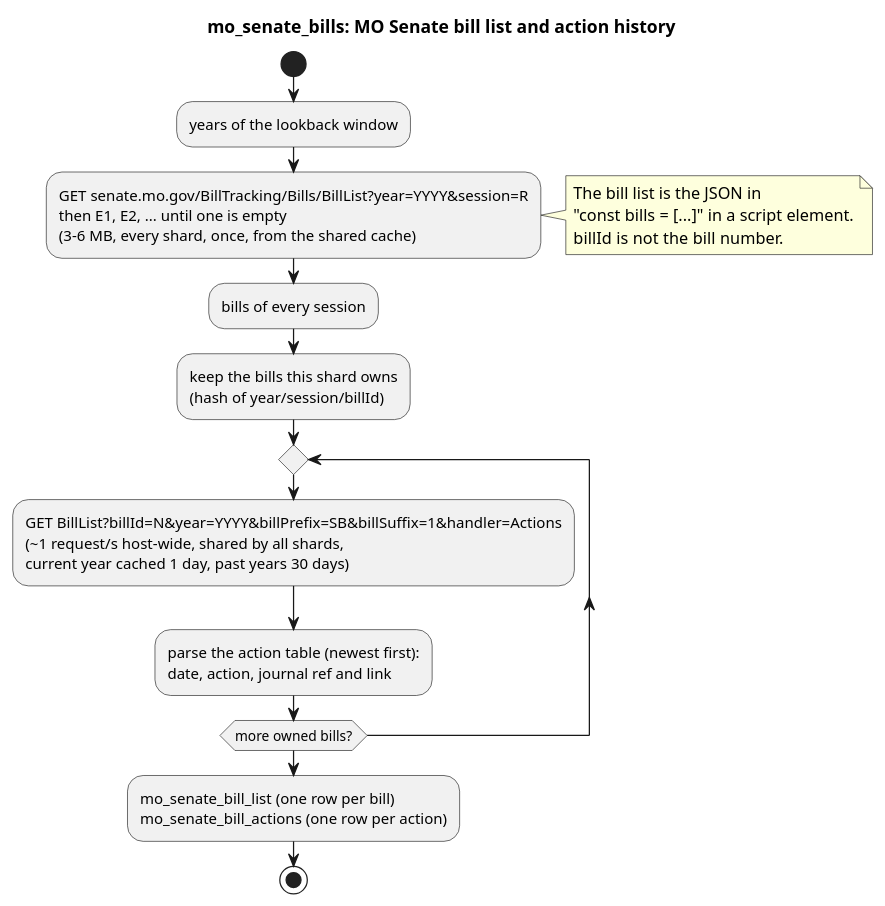
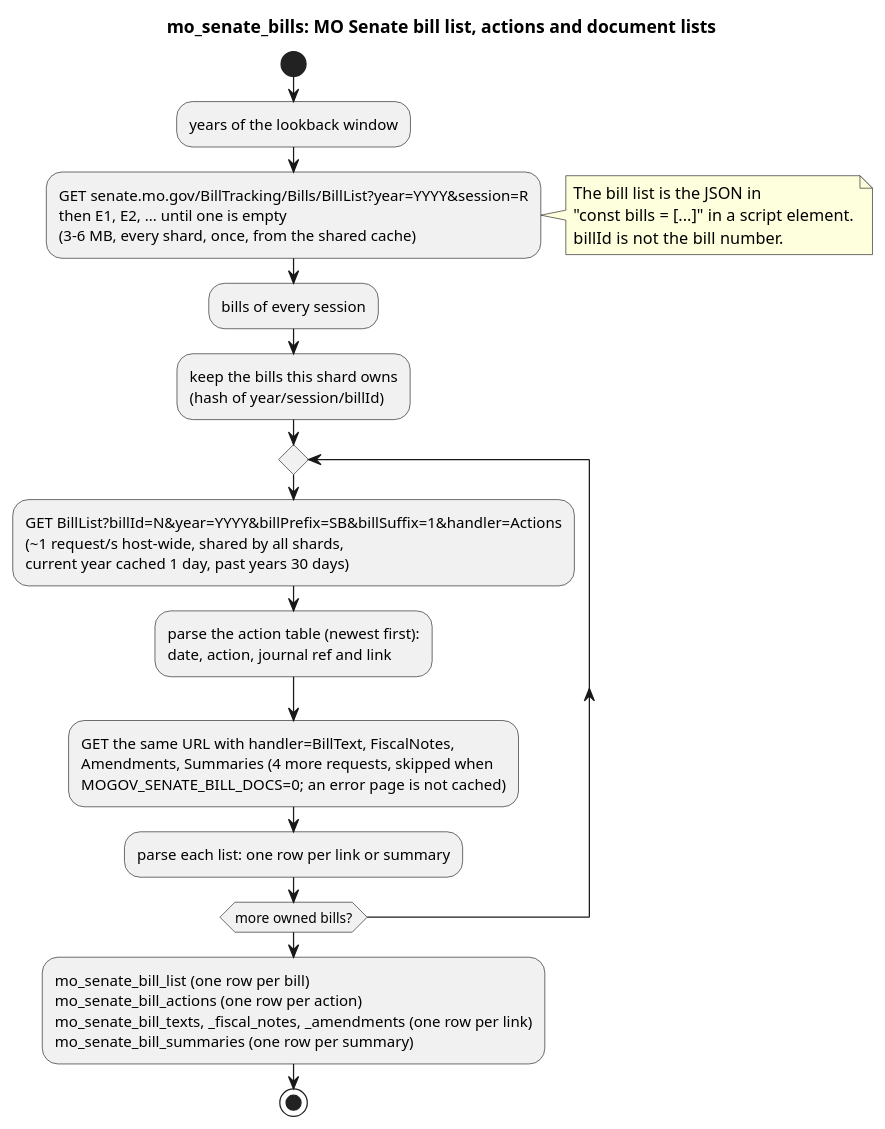
The diagram in docs/diagrams/sources/mo_senate_bills.puml (akettmann/missouri_gov_feed), drawn with PlantUML before and after one commit. The commit also changed 2 other files, not shown here.

Commit message:
mo_senate_bills diagram: the four document tabs (#587)

```diff
--- a/docs/diagrams/sources/mo_senate_bills.puml
+++ b/docs/diagrams/sources/mo_senate_bills.puml
@@ -1,26 +1,32 @@
 @startuml mo_senate_bills
-title mo_senate_bills: MO Senate bill list and action history
+title mo_senate_bills: MO Senate bill list, actions and document lists
 start
 :years of the lookback window;
 :GET senate.mo.gov/BillTracking/Bills/BillList?year=YYYY&session=R
 then E1, E2, ... until one is empty
 (3-6 MB, every shard, once, from the shared cache);
 note right
   The bill list is the JSON in
   "const bills = [...]" in a script element.
   billId is not the bill number.
 end note
 :bills of every session;
 :keep the bills this shard owns
 (hash of year/session/billId);
 repeat
   :GET BillList?billId=N&year=YYYY&billPrefix=SB&billSuffix=1&handler=Actions
   (~1 request/s host-wide, shared by all shards,
   current year cached 1 day, past years 30 days);
   :parse the action table (newest first):
   date, action, journal ref and link;
+  :GET the same URL with handler=BillText, FiscalNotes,
+  Amendments, Summaries (4 more requests, skipped when
+  MOGOV_SENATE_BILL_DOCS=0; an error page is not cached);
+  :parse each list: one row per link or summary;
 repeat while (more owned bills?)
 :mo_senate_bill_list (one row per bill)
-mo_senate_bill_actions (one row per action);
+mo_senate_bill_actions (one row per action)
+mo_senate_bill_texts, _fiscal_notes, _amendments (one row per link)
+mo_senate_bill_summaries (one row per summary);
 stop
 @enduml
```
